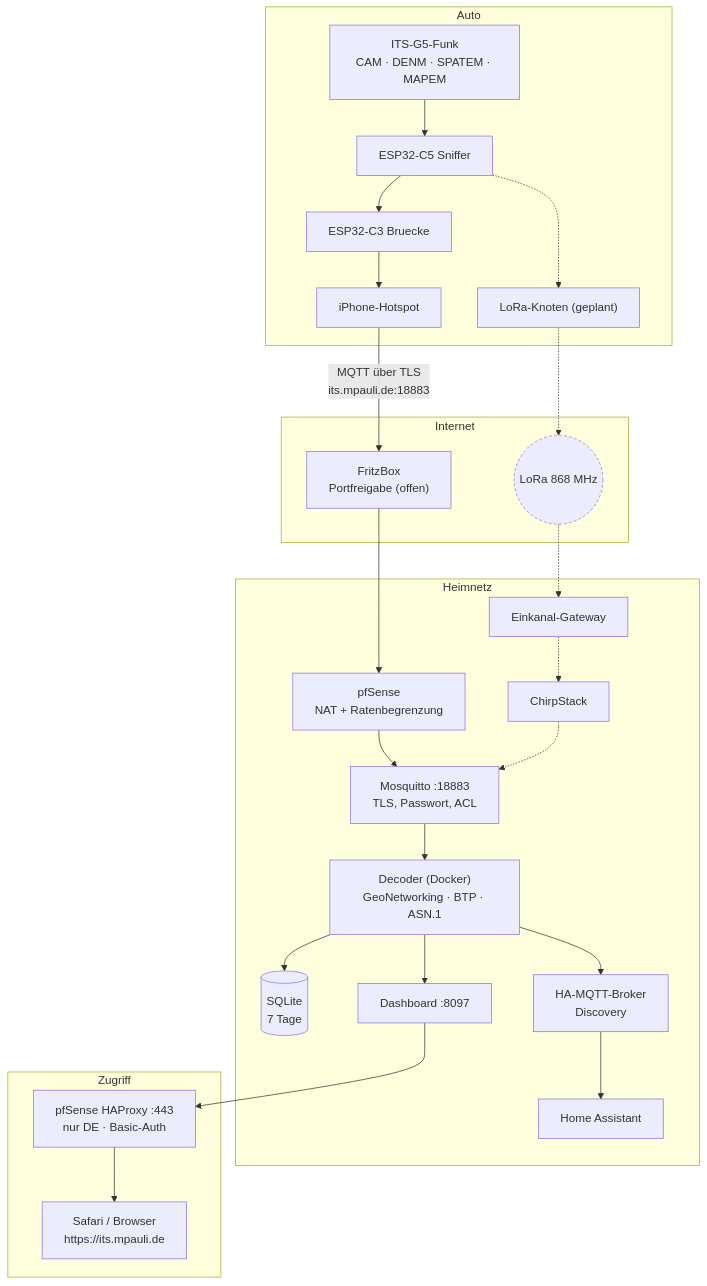
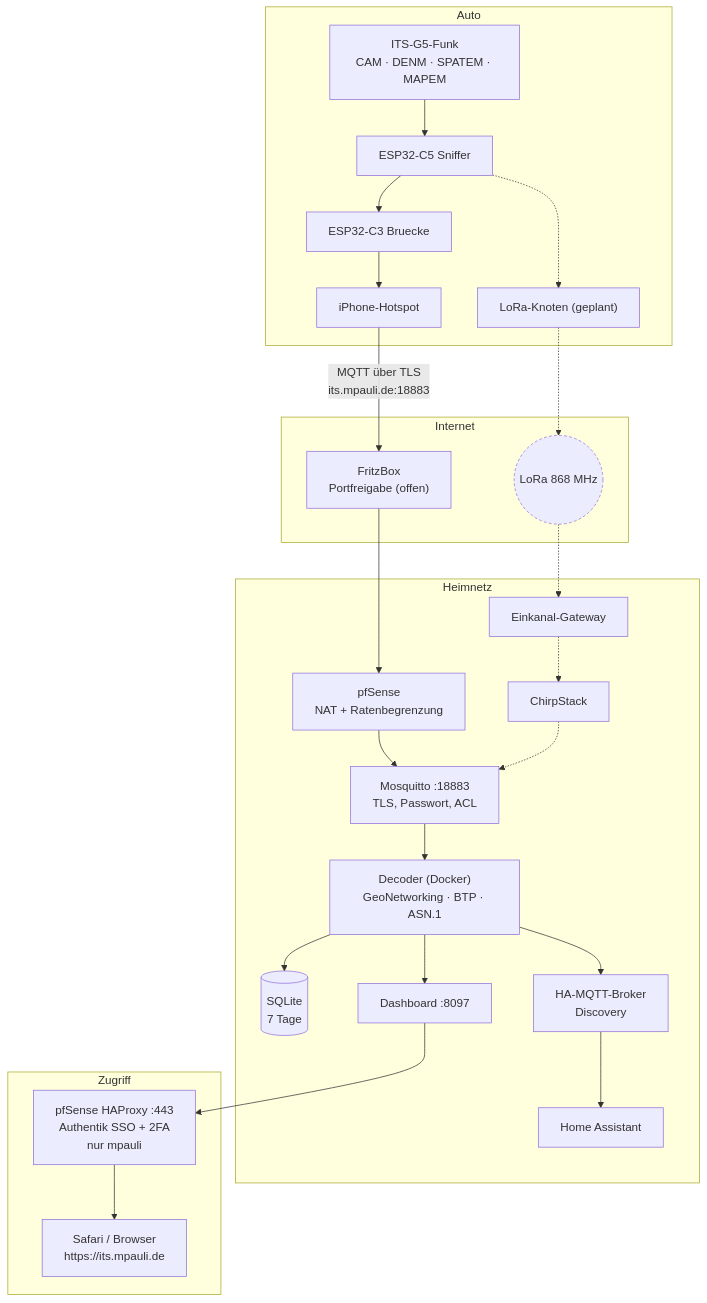
The second of 8 diagrams in docs/00-architektur.md (icepaule/Ice-Traffic-Data), drawn with Mermaid before and after one commit. The commit also changed other lines of this file and 9 other files, not shown here.

Commit message:
Dashboard hinter Authentik SSO+2FA (nur mpauli); MQTT-TLS bleibt direkt

````diff
--- a/docs/00-architektur.md
+++ b/docs/00-architektur.md
@@ -29,27 +29,27 @@
 ```mermaid
 flowchart TB
     subgraph Auto
       RF["ITS-G5-Funk<br/>CAM · DENM · SPATEM · MAPEM"] --> C5["ESP32-C5 Sniffer"]
       C5 --> C3["ESP32-C3 Bruecke"]
       C5 -.-> S3["LoRa-Knoten (geplant)"]
       C3 --> HS["iPhone-Hotspot"]
     end
     subgraph Internet
       HS -- "MQTT über TLS<br/>its.mpauli.de:18883" --> FB["FritzBox<br/>Portfreigabe (offen)"]
       LORA(("LoRa 868 MHz")):::dash
     end
     S3 -.-> LORA
     subgraph Heimnetz
       FB --> PF["pfSense<br/>NAT + Ratenbegrenzung"]
       PF --> MQ["Mosquitto :18883<br/>TLS, Passwort, ACL"]
       LORA -.-> GW["Einkanal-Gateway"] -.-> CS["ChirpStack"] -.-> MQ
       MQ --> DEC["Decoder (Docker)<br/>GeoNetworking · BTP · ASN.1"]
       DEC --> DB[("SQLite<br/>7 Tage")]
       DEC --> DASH["Dashboard :8097"]
       DEC --> HAMQ["HA-MQTT-Broker<br/>Discovery"] --> HA["Home Assistant"]
     end
     subgraph Zugriff
-      DASH --> HP["pfSense HAProxy :443<br/>nur DE · Basic-Auth"] --> SAF["Safari / Browser<br/>https://its.mpauli.de"]
+      DASH --> HP["pfSense HAProxy :443<br/>Authentik SSO + 2FA<br/>nur mpauli"] --> SAF["Safari / Browser<br/>https://its.mpauli.de"]
     end
     classDef dash stroke-dasharray: 4 3;
 ```
````
